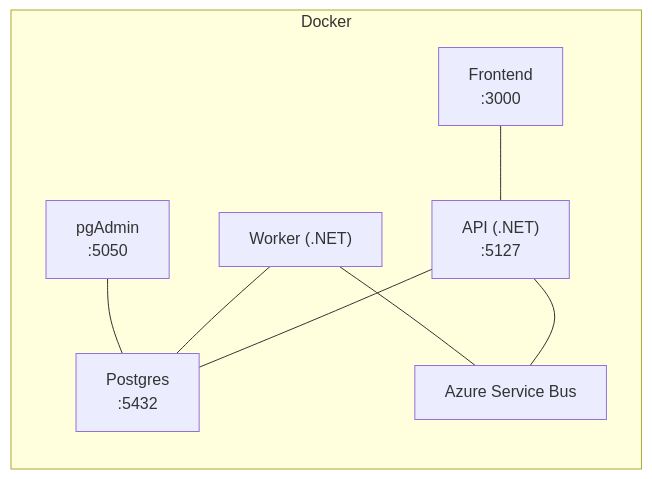
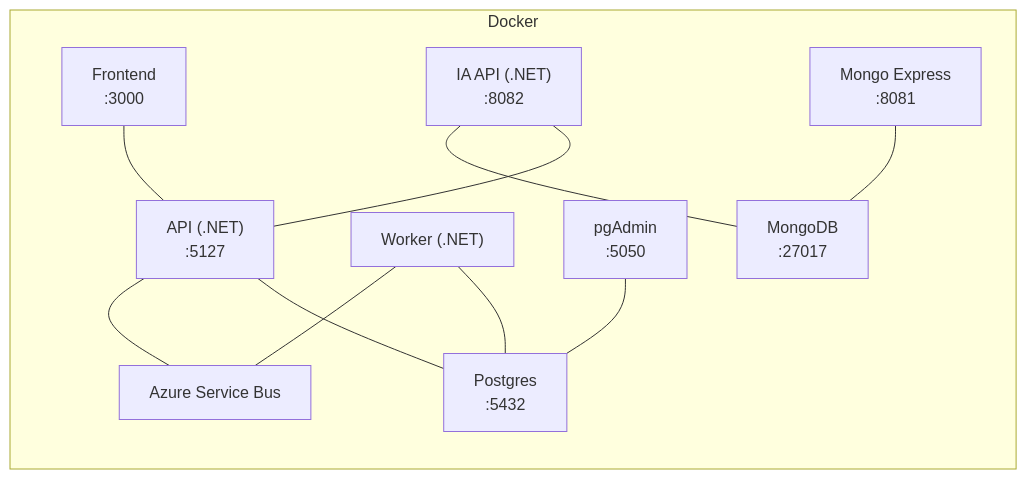
Before and after one commit to tuliofranco/order-service: the second of 2 diagrams in README.md, drawn with Mermaid. The commit also changed other lines of this file and 35 other files, not shown here.

````diff
--- a/README.md
+++ b/README.md
@@ -341,11 +503,15 @@
 ```mermaid
 graph LR
   subgraph Docker
     FE["Frontend<br/>:3000"] --- API["API (.NET)<br/>:5127"]
     API --- DB["Postgres<br/>:5432"]
     API --- ASB["Azure Service Bus"]
     WK["Worker (.NET)"] --- DB
     WK --- ASB
     PG["pgAdmin<br/>:5050"] --- DB
+
+    IAAPI["IA API (.NET)<br/>:8082"] --- API
+    IAAPI --- MG["MongoDB<br/>:27017"]
+    MGE["Mongo Express<br/>:8081"] --- MG
   end
 ```
````
